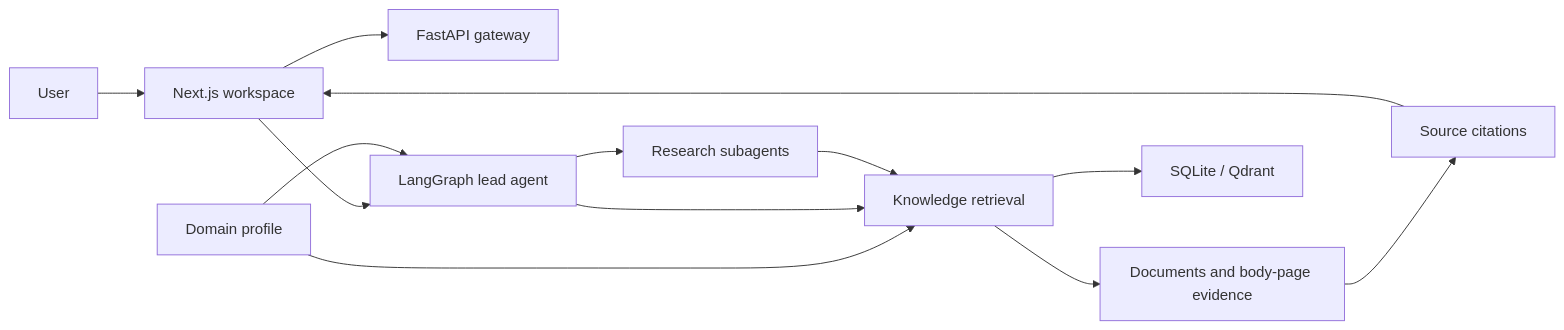
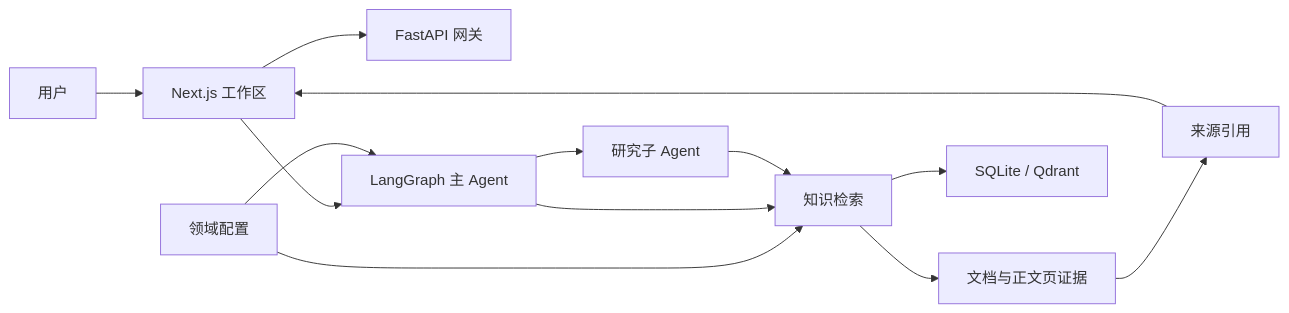
One commit to weiji6/hilo changed the diagram in README.md. Above: the diagram before and after it, drawn with Mermaid. The commit also changed other lines of this file and 25 other files, not shown here.

````diff
--- a/README.md
+++ b/README.md
@@ -110,15 +118,15 @@
 ```mermaid
 flowchart LR
-    User --> UI[Next.js workspace]
-    UI --> Gateway[FastAPI gateway]
-    UI --> Agent[LangGraph lead agent]
-    Profile[Domain profile] --> Agent
-    Profile --> Retrieval[Knowledge retrieval]
+    User[用户] --> UI[Next.js 工作区]
+    UI --> Gateway[FastAPI 网关]
+    UI --> Agent[LangGraph 主 Agent]
+    Profile[领域配置] --> Agent
+    Profile --> Retrieval[知识检索]
     Agent --> Retrieval
-    Agent --> Research[Research subagents]
+    Agent --> Research[研究子 Agent]
     Research --> Retrieval
-    Retrieval --> Sources[Documents and body-page evidence]
+    Retrieval --> Sources[文档与正文页证据]
     Retrieval --> Index[SQLite / Qdrant]
-    Sources --> Citations[Source citations]
+    Sources --> Citations[来源引用]
     Citations --> UI
 ```
````
